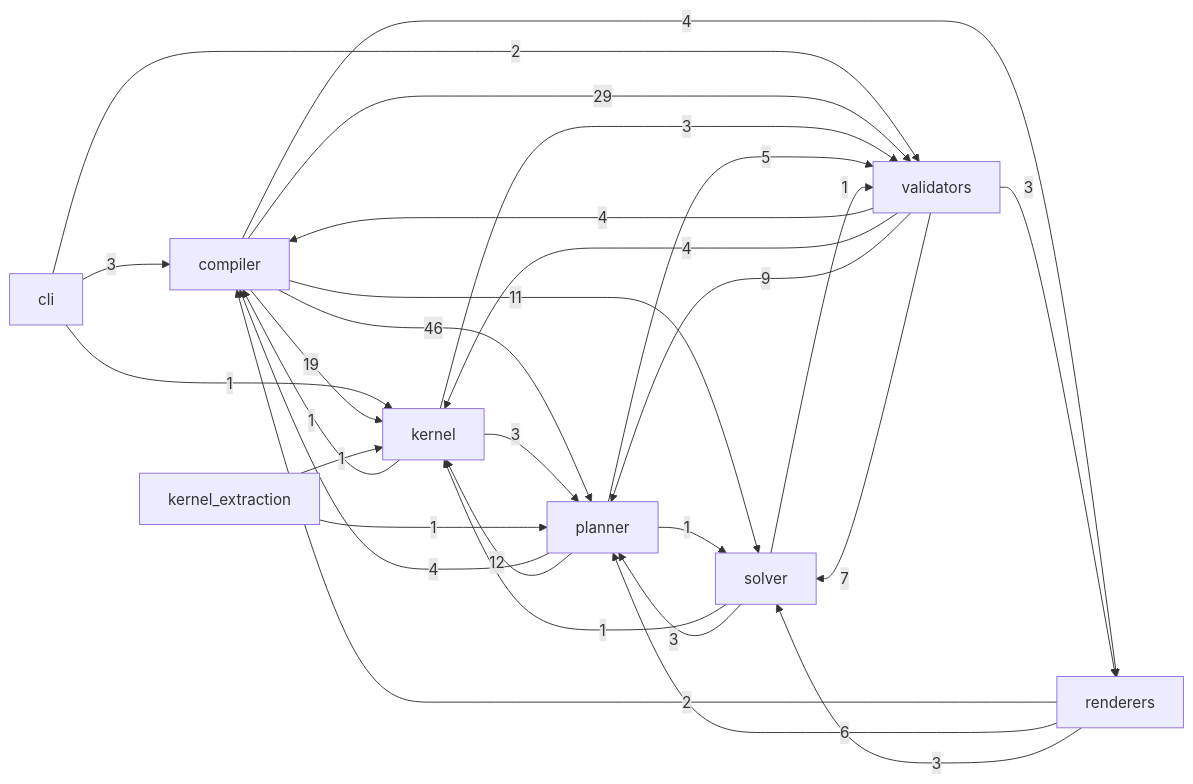
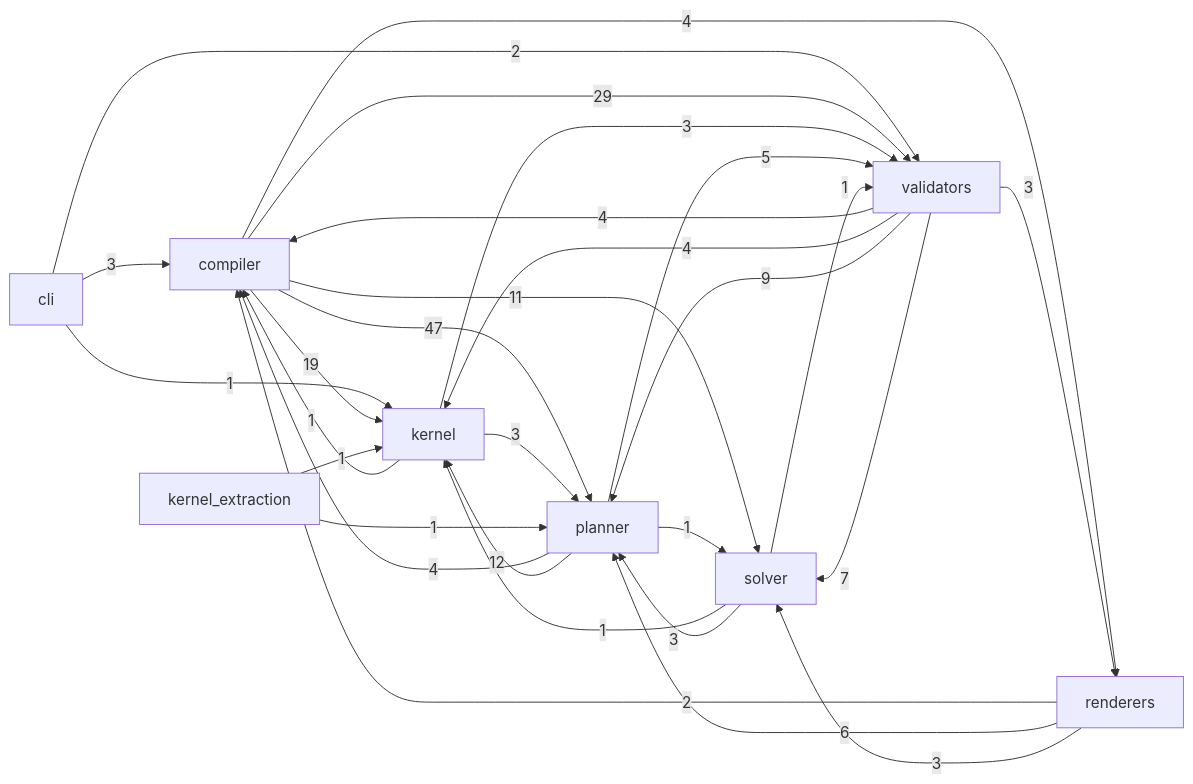
The diagram in docs/reference/code.md (Kingsley-Cyber/cinematic-compiler-core), drawn with Mermaid before and after one commit. The commit also changed other lines of this file and 28 other files, not shown here.

````diff
--- a/docs/reference/code.md
+++ b/docs/reference/code.md
@@ -15,31 +15,31 @@
 ```mermaid
 flowchart LR
   cli -->|3| compiler
   cli -->|1| kernel
   cli -->|2| validators
   compiler -->|19| kernel
-  compiler -->|46| planner
+  compiler -->|47| planner
   compiler -->|4| renderers
   compiler -->|11| solver
   compiler -->|29| validators
   kernel -->|1| compiler
   kernel -->|3| planner
   kernel -->|3| validators
   kernel_extraction -->|1| kernel
   kernel_extraction -->|1| planner
   planner -->|4| compiler
   planner -->|12| kernel
   planner -->|1| solver
   planner -->|5| validators
   renderers -->|2| compiler
   renderers -->|6| planner
   renderers -->|3| solver
   solver -->|1| kernel
   solver -->|3| planner
   solver -->|1| validators
   validators -->|4| compiler
   validators -->|4| kernel
   validators -->|9| planner
   validators -->|3| renderers
   validators -->|7| solver
 ```
````
